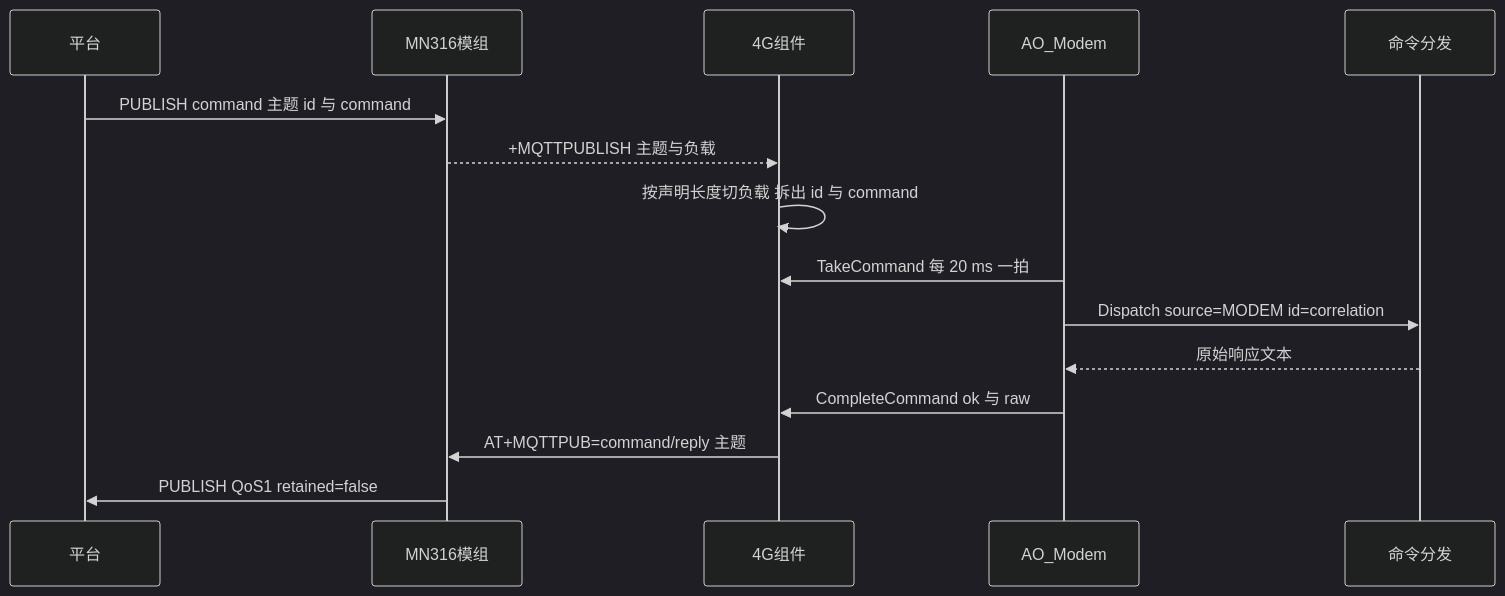
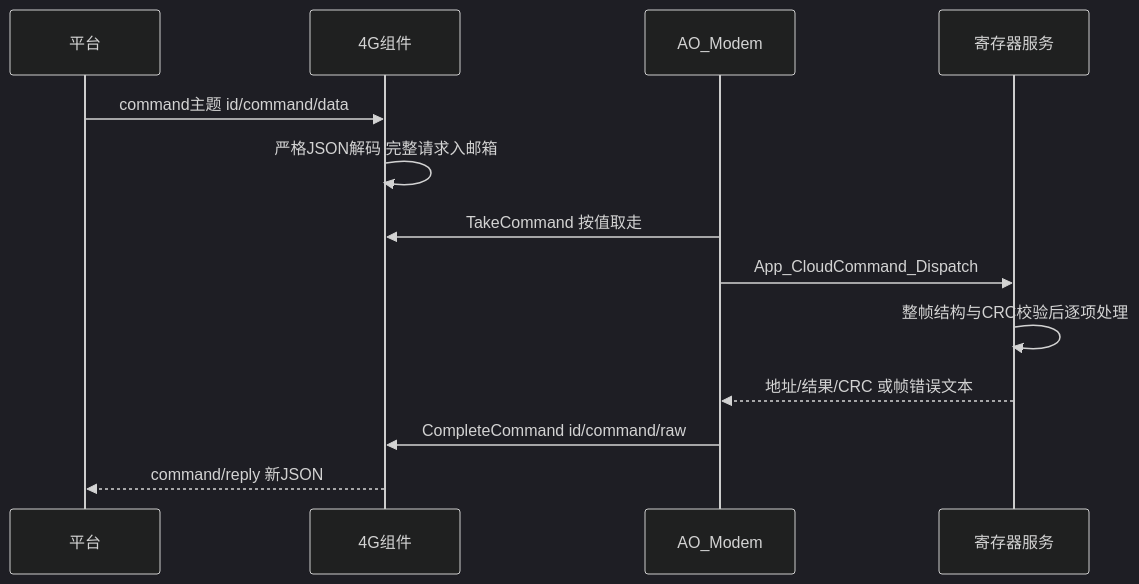
The fourth of 4 diagrams in docs_sensor/12-4G云平台流程方案.md (xxz-m/stm32-nede-fw), drawn with Mermaid (dark theme) before and after one commit. The commit also changed other lines of this file and 89 other files, not shown here.

````diff
--- a/docs_sensor/12-4G云平台流程方案.md
+++ b/docs_sensor/12-4G云平台流程方案.md
@@ -221,17 +249,15 @@
 ```mermaid
 sequenceDiagram
     participant P as 平台
-    participant M as MN316模组
     participant C as 4G组件
-    participant App as AO_Modem
-    participant D as 命令分发
-    P->>M: PUBLISH command 主题 id 与 command
-    M-->>C: +MQTTPUBLISH 主题与负载
-    C->>C: 按声明长度切负载 拆出 id 与 command
-    App->>C: TakeCommand 每 20 ms 一拍
-    App->>D: Dispatch source=MODEM id=correlation
-    D-->>App: 原始响应文本
-    App->>C: CompleteCommand ok 与 raw
-    C->>M: AT+MQTTPUB=command/reply 主题
-    M->>P: PUBLISH QoS1 retained=false
+    participant A as AO_Modem
+    participant R as 寄存器服务
+    P->>C: command主题 id/command/data
+    C->>C: 严格JSON解码 完整请求入邮箱
+    A->>C: TakeCommand 按值取走
+    A->>R: App_CloudCommand_Dispatch
+    R->>R: 整帧结构与CRC校验后逐项处理
+    R-->>A: 地址/结果/CRC 或帧错误文本
+    A->>C: CompleteCommand id/command/raw
+    C-->>P: command/reply 新JSON
 ```
````
